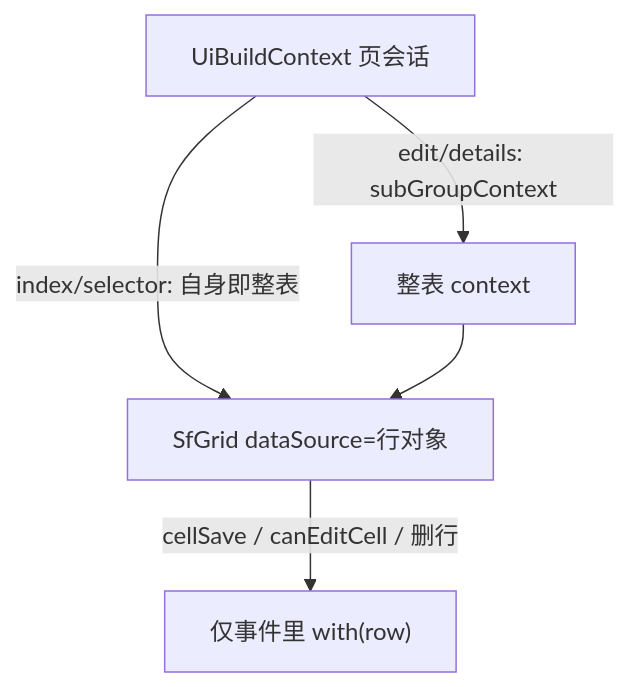
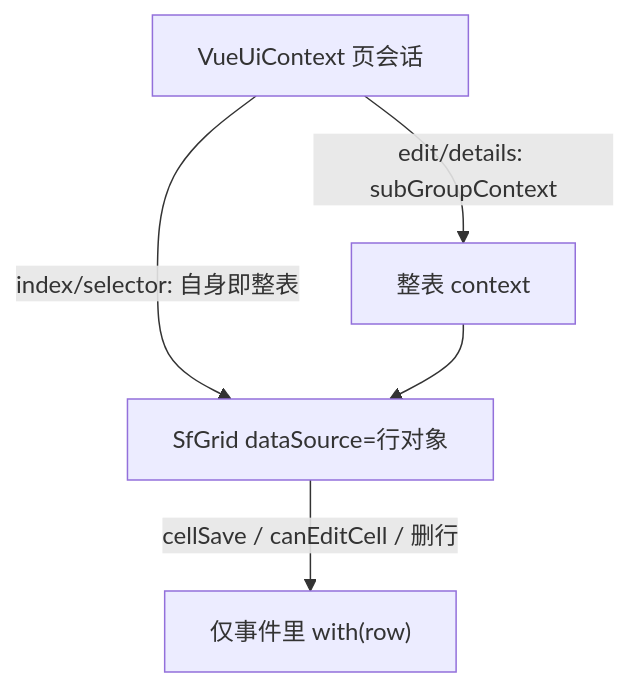
The first of 4 diagrams in packages/vui-syncfusion/docs/sf-grid-design.md (Roy7611/mmda-vue), drawn with Mermaid before and after one commit. The commit also changed other lines of this file and 132 other files, not shown here.

First line of the commit message:
vui 重构，目录规划、VueUiContext & mixins (UiViewContext+UiBuildContext)

````diff
--- a/packages/vui-syncfusion/docs/sf-grid-design.md
+++ b/packages/vui-syncfusion/docs/sf-grid-design.md
@@ -41,11 +41,11 @@
 ```mermaid
 flowchart TB
-  page["UiBuildContext 页会话"]
+  page["VueUiContext 页会话"]
   tableCtx["整表 context"]
   grid["SfGrid dataSource=行对象"]
   rowEvt["仅事件里 with(row)"]
   page -->|"index/selector: 自身即整表"| grid
   page -->|"edit/details: subGroupContext"| tableCtx
   tableCtx --> grid
   grid -->|"cellSave / canEditCell / 删行"| rowEvt
 ```
````
